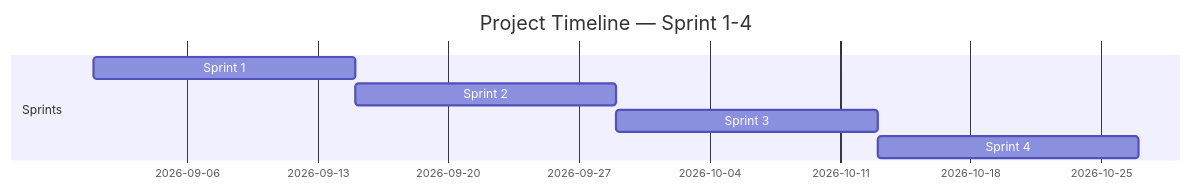
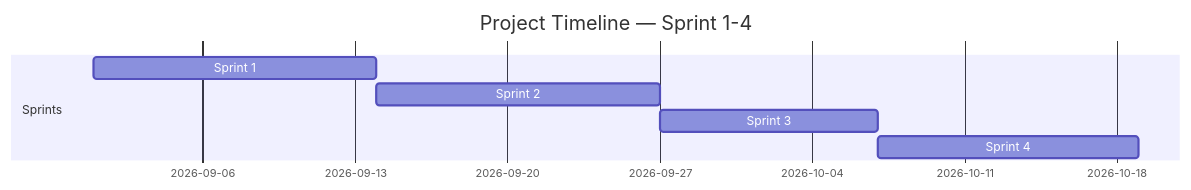
The diagram in [WhiteAgent] - game/docs/agile/02-sprint-backlog.md (Boom740/WhiteAgent), drawn with Mermaid before and after one commit. The commit also changed other lines of this file, not shown here.

Commit message:
Update sprint backlog template with revised timelines and user stories

````diff
--- a/[WhiteAgent] - game/docs/agile/02-sprint-backlog.md
+++ b/[WhiteAgent] - game/docs/agile/02-sprint-backlog.md
@@ -19,10 +19,10 @@
 ```mermaid
 gantt
     title Project Timeline — Sprint 1-4
     dateFormat  YYYY-MM-DD
     section Sprints
-    Sprint 1 :s1, 2026-09-01, 14d
-    Sprint 2 :s2, after s1, 14d
-    Sprint 3 :s3, after s2, 14d
-    Sprint 4 :s4, after s3, 14d
+    Sprint 1 :s1, 2026-09-01, 13d
+    Sprint 2 :s2, after s1, 13d
+    Sprint 3 :s3, after s2, 10d
+    Sprint 4 :s4, after s3, 12d
 ```
````
